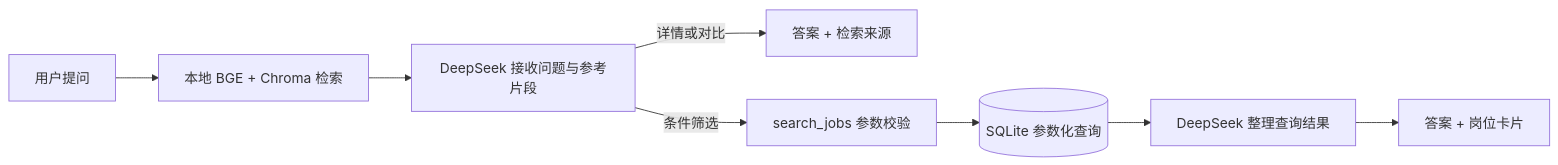
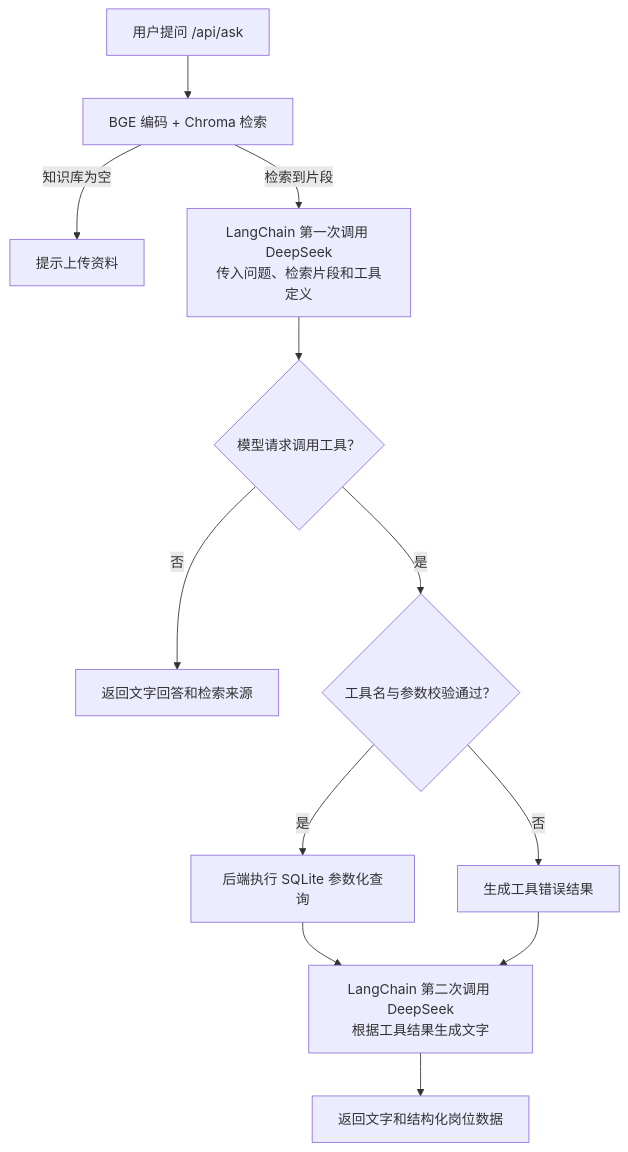
The diagram in README.md (fineq3/job-search-assistant), drawn with Mermaid before and after one commit. The commit also changed other lines of this file and 5 other files, not shown here.

````diff
--- a/README.md
+++ b/README.md
@@ -70,10 +72,14 @@
 ```mermaid
-flowchart LR
-    Q[用户提问] --> R[本地 BGE + Chroma 检索]
-    R --> L[DeepSeek 接收问题与参考片段]
-    L -->|详情或对比| A[答案 + 检索来源]
-    L -->|条件筛选| T[search_jobs 参数校验]
-    T --> S[(SQLite 参数化查询)]
-    S --> G[DeepSeek 整理查询结果]
-    G --> C[答案 + 岗位卡片]
+flowchart TD
+    Q["用户提问 /api/ask"] --> R["BGE 编码 + Chroma 检索"]
+    R -->|知识库为空| E["提示上传资料"]
+    R -->|检索到片段| L["LangChain 第一次调用 DeepSeek<br/>传入问题、检索片段和工具定义"]
+    L --> D{"模型请求调用工具？"}
+    D -->|否| A["返回文字回答和检索来源"]
+    D -->|是| T{"工具名与参数校验通过？"}
+    T -->|是| S["后端执行 SQLite 参数化查询"]
+    T -->|否| F["生成工具错误结果"]
+    S --> G["LangChain 第二次调用 DeepSeek<br/>根据工具结果生成文字"]
+    F --> G
+    G --> C["返回文字和结构化岗位数据"]
 ```
````
